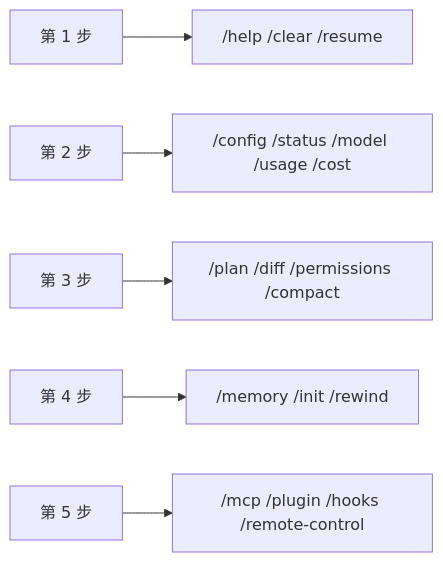
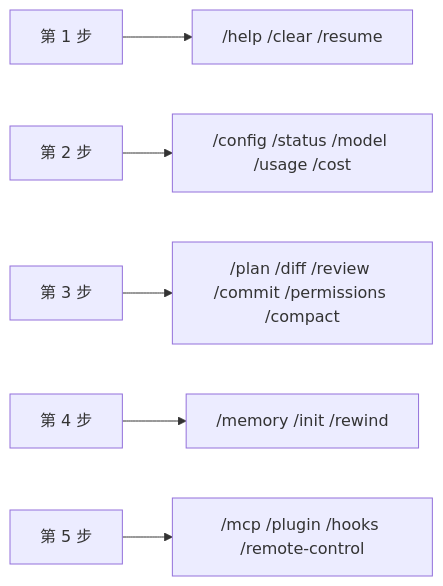
Before and after one commit to gemini960114/CC: the third of 3 diagrams in 02_Claude_Code_常用命令.md, drawn with Mermaid. The commit also changed other lines of this file and 6 other files, not shown here.

````diff
--- a/02_Claude_Code_常用命令.md
+++ b/02_Claude_Code_常用命令.md
@@ -383,8 +395,8 @@
 ```mermaid
 flowchart LR
     S1[第 1 步] --> S1C["/help /clear /resume"]
     S2[第 2 步] --> S2C["/config /status /model /usage /cost"]
-    S3[第 3 步] --> S3C["/plan /diff /permissions /compact"]
+    S3[第 3 步] --> S3C["/plan /diff /review /commit /permissions /compact"]
     S4[第 4 步] --> S4C["/memory /init /rewind"]
     S5[第 5 步] --> S5C["/mcp /plugin /hooks /remote-control"]
 ```
````
